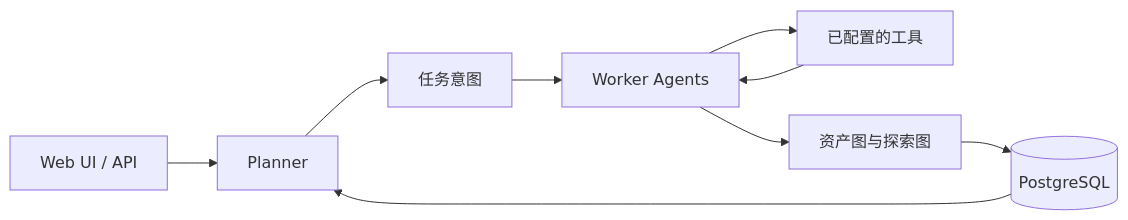
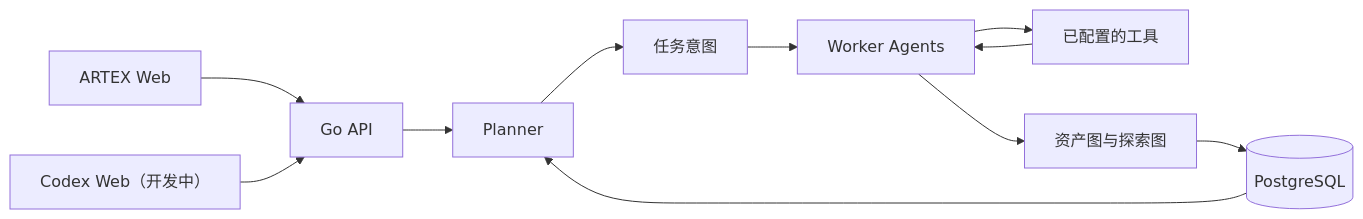
Before and after one commit to XXXXXQ-0206/focus-agent: the diagram in README.md, drawn with Mermaid. The commit also changed other lines of this file and 217 other files, not shown here.

Commit message:
feat: add original ARTEX web frontend

````diff
--- a/README.md
+++ b/README.md
@@ -57,11 +69,13 @@
 ```mermaid
 flowchart LR
-    UI[Web UI / API] --> P[Planner]
+    A[ARTEX Web] --> API[Go API]
+    C[Codex Web（开发中）] --> API
+    API --> P[Planner]
     P --> I[任务意图]
     I --> W[Worker Agents]
     W --> T[已配置的工具]
     T --> W
     W --> G[资产图与探索图]
     G --> DB[(PostgreSQL)]
     DB --> P
 ```
````
